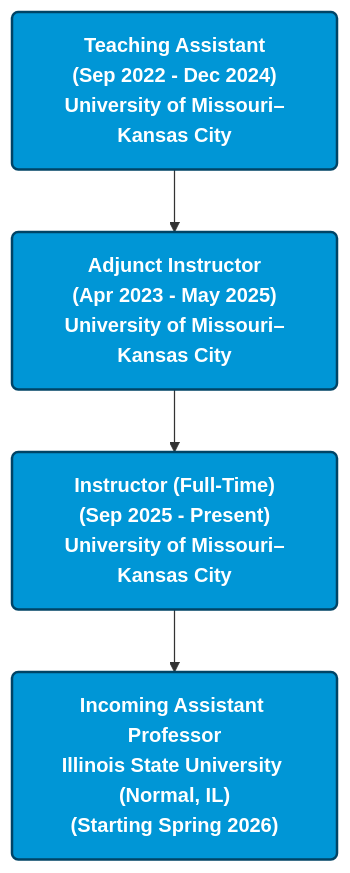
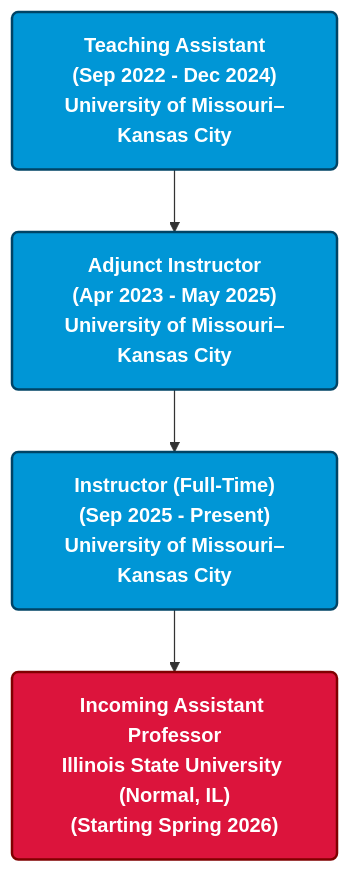
Before and after one commit to srsapireddy/srsapireddy.github.io: the diagram in _pages/teaching.md, drawn with Mermaid. The commit also changed other lines of this file, not shown here.

```diff
--- a/_pages/teaching.md
+++ b/_pages/teaching.md
@@ -59,11 +73,14 @@
 <div class="mermaid">
 graph TD
   A["Teaching Assistant<br>(Sep 2022 - Dec 2024)<br>University of Missouri–Kansas City"] 
   --> B["Adjunct Instructor<br>(Apr 2023 - May 2025)<br>University of Missouri–Kansas City"] 
   --> C["Instructor (Full-Time)<br>(Sep 2025 - Present)<br>University of Missouri–Kansas City"] 
   --> D["Incoming Assistant Professor<br>Illinois State University (Normal, IL)<br>(Starting Spring 2026)"]
 
   %% Styling
-  classDef role fill:#0096d6,stroke:#004466,stroke-width:2px,color:#fff,font-weight:bold,rx:5px,ry:5px;
-  class A,B,C,D role;
+  classDef umkc fill:#0096d6,stroke:#004466,stroke-width:2px,color:#fff,font-weight:bold,rx:5px,ry:5px;
+  classDef isu fill:#DC143C,stroke:#800000,stroke-width:2px,color:#fff,font-weight:bold,rx:5px,ry:5px;
+
+  class A,B,C umkc;
+  class D isu;
 </div>
```
